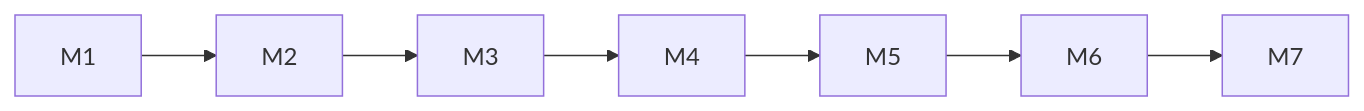
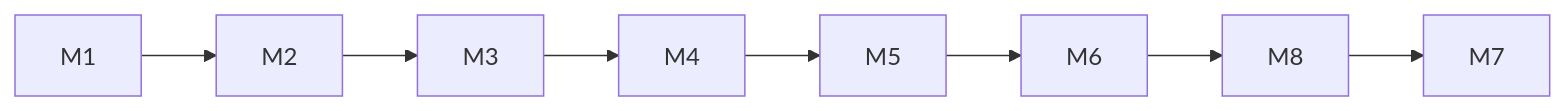
Before and after one commit to nickdu2009/projex: the second of 2 diagrams in docs/MILESTONES.md, drawn with Mermaid. The commit also changed other lines of this file and 2 other files, not shown here.

````diff
--- a/docs/MILESTONES.md
+++ b/docs/MILESTONES.md
@@ -363,4 +425,4 @@
 ```mermaid
 flowchart LR
-  M1 --> M2 --> M3 --> M4 --> M5 --> M6 --> M7
+  M1 --> M2 --> M3 --> M4 --> M5 --> M6 --> M8 --> M7
 ```
````
